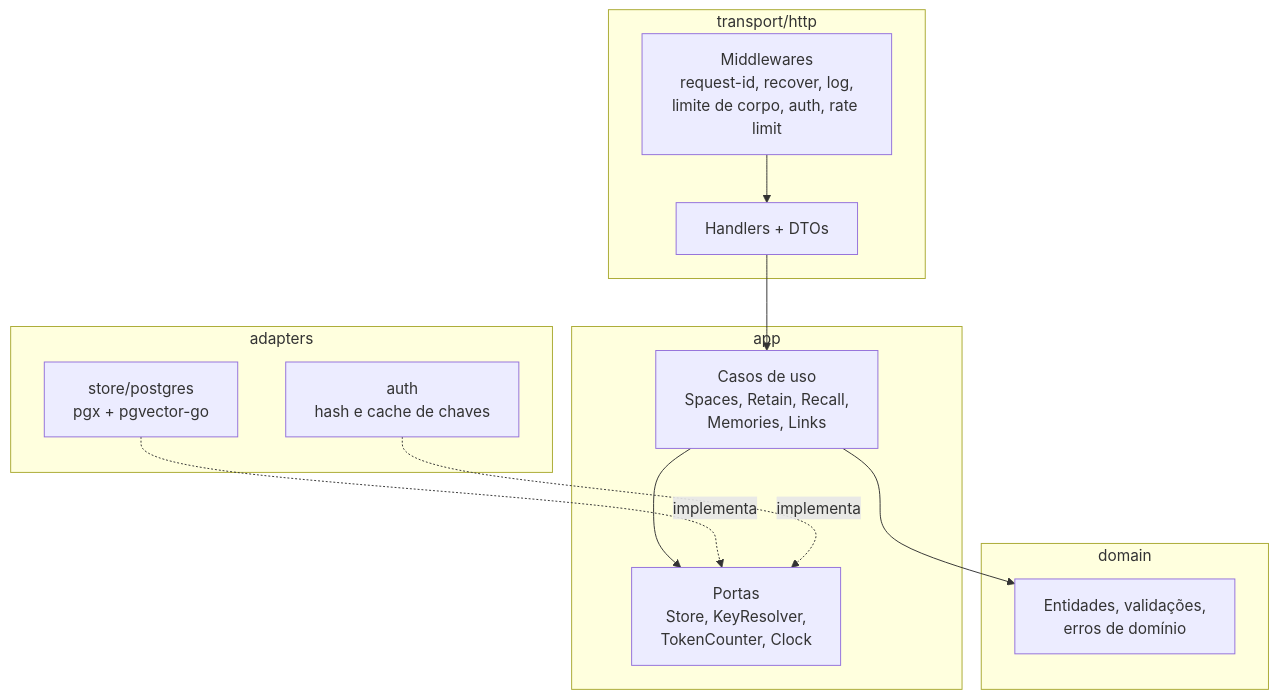
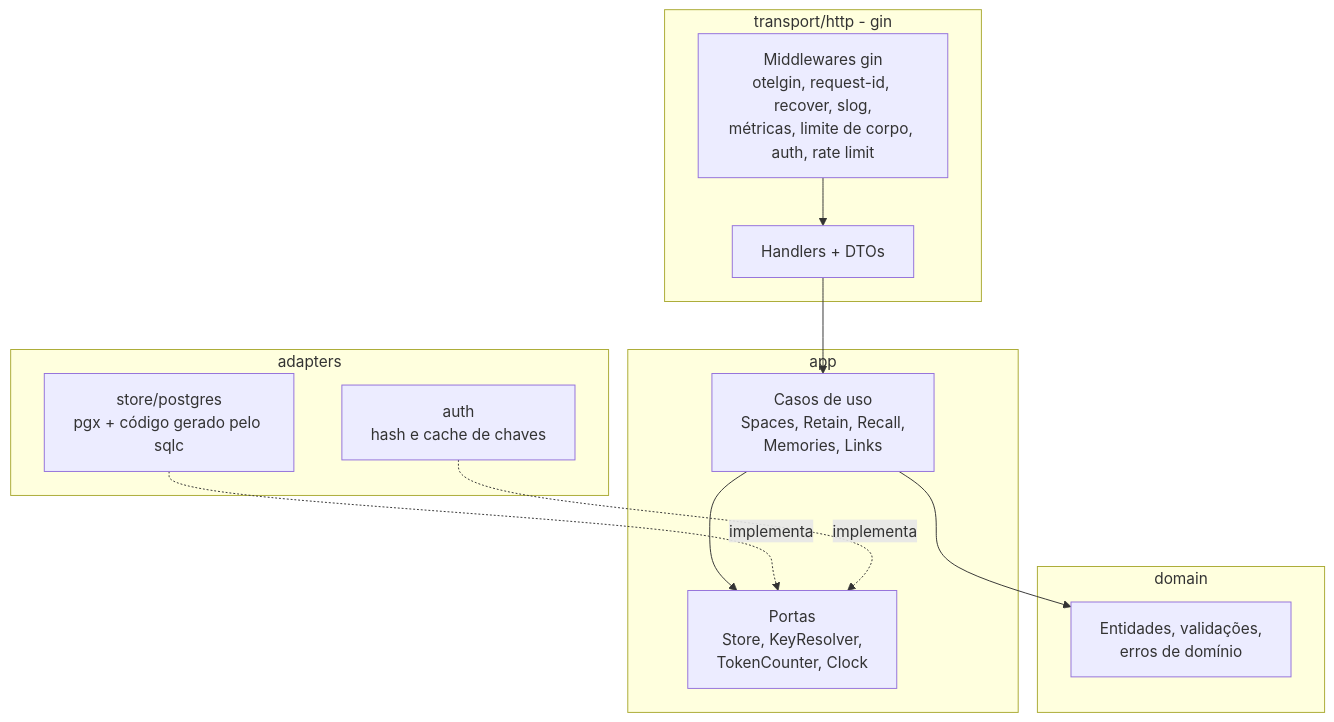
Before and after one commit to Tomelin/extend-memory-ai: the second of 6 diagrams in docs/arquitetura-api.md, drawn with Mermaid. The commit also changed other lines of this file, not shown here.

Commit message:
docs: define Go stack (gin, sqlc, golang-migrate, slog, OpenTelemetry + Prometheus) (#2)

````diff
--- a/docs/arquitetura-api.md
+++ b/docs/arquitetura-api.md
@@ -71,24 +74,24 @@
 ```mermaid
 flowchart TB
-    subgraph transport/http
-        MW[Middlewares<br/>request-id, recover, log,<br/>limite de corpo, auth, rate limit]
+    subgraph transport_http [transport/http - gin]
+        MW[Middlewares gin<br/>otelgin, request-id, recover, slog,<br/>métricas, limite de corpo, auth, rate limit]
         H[Handlers + DTOs]
     end
     subgraph app
         UC[Casos de uso<br/>Spaces, Retain, Recall,<br/>Memories, Links]
         P[Portas<br/>Store, KeyResolver,<br/>TokenCounter, Clock]
     end
     subgraph domain
         D[Entidades, validações,<br/>erros de domínio]
     end
     subgraph adapters
-        PGA[store/postgres<br/>pgx + pgvector-go]
+        PGA[store/postgres<br/>pgx + código gerado pelo sqlc]
         AUTH[auth<br/>hash e cache de chaves]
     end
 
     MW --> H --> UC
     UC --> D
     UC --> P
     PGA -. implementa .-> P
     AUTH -. implementa .-> P
 ```
````
